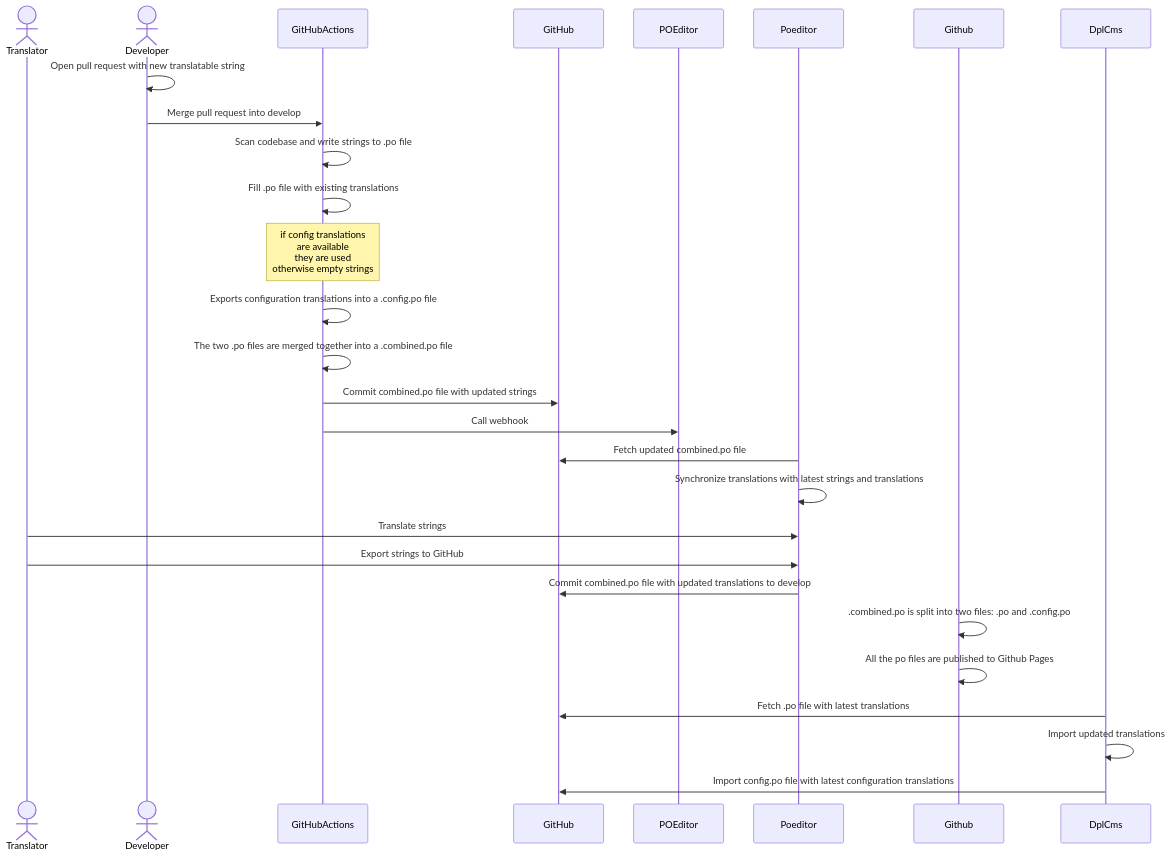
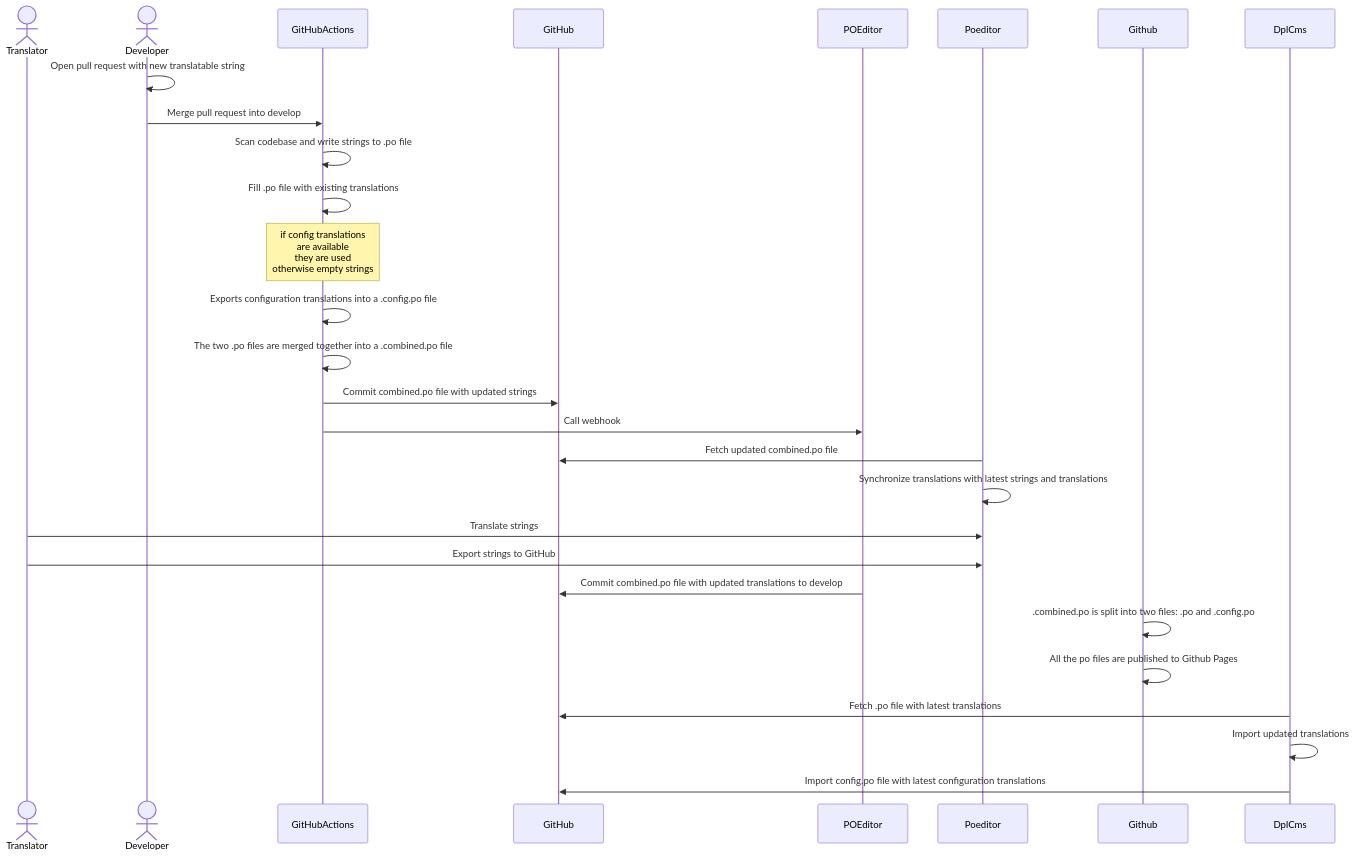
The diagram in cms/docs/translation.md (danskernesdigitalebibliotek/dpl-web), drawn with Mermaid before and after one commit.

````diff
--- a/cms/docs/translation.md
+++ b/cms/docs/translation.md
@@ -43,24 +43,24 @@
 ```mermaid
 sequenceDiagram
   Actor Translator
   Actor Developer
   Developer ->> Developer: Open pull request with new translatable string
   Developer ->> GitHubActions: Merge pull request into develop
   GitHubActions ->> GitHubActions: Scan codebase and write strings to .po file
   GitHubActions ->> GitHubActions: Fill .po file with existing translations
   Note over GitHubActions,GitHubActions: if config translations<br/>are available<br/>they are used<br/>otherwise empty strings
   GitHubActions ->> GitHubActions: Exports configuration translations into a .config.po file
   GitHubActions ->> GitHubActions: The two .po files are merged together into a .combined.po file
   GitHubActions ->> GitHub: Commit combined.po file with updated strings
   GitHubActions ->> POEditor: Call webhook
   Poeditor ->> GitHub: Fetch updated combined.po file
   Poeditor ->> Poeditor: Synchronize translations with latest strings and translations
   Translator ->> Poeditor: Translate strings
   Translator ->> Poeditor: Export strings to GitHub
-  Poeditor ->> GitHub: Commit combined.po file with updated translations to develop
+  POEditor ->> GitHub: Commit combined.po file with updated translations to develop
   Github ->> Github: .combined.po is split into two files: .po and .config.po
   Github ->> Github: All the po files are published to Github Pages
   DplCms ->> GitHub: Fetch .po file with latest translations
   DplCms ->> DplCms: Import updated translations
   DplCms ->> GitHub: Import config.po file with latest configuration translations
 ```
````
